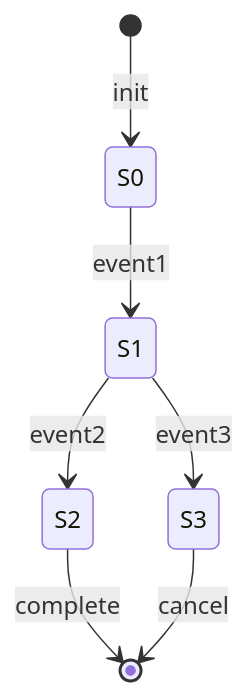
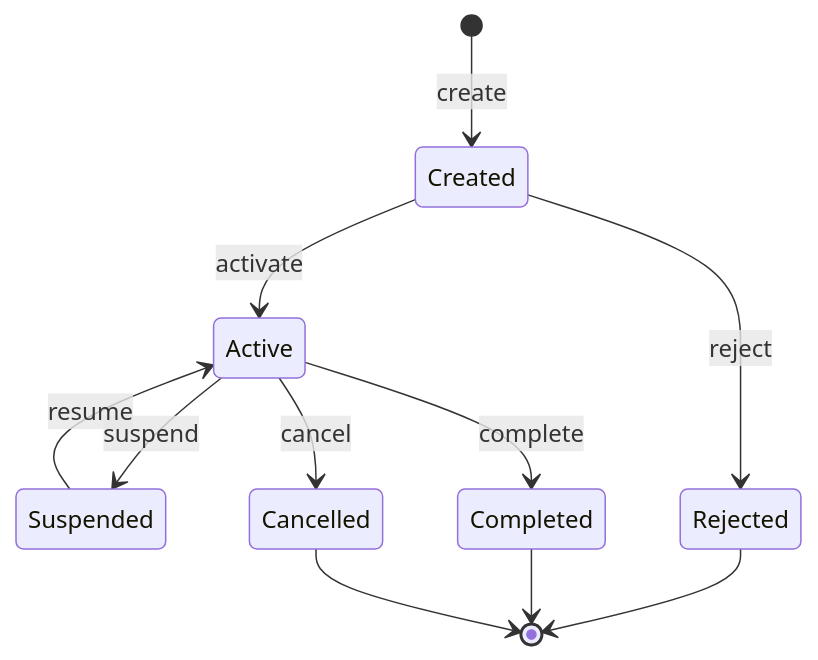
Before and after one commit to wychmod/test-generator: the second of 2 diagrams in testcase-generator/templates/state_diagram_template.md, drawn with Mermaid. The commit also changed other lines of this file and 7 other files, not shown here.

````diff
--- a/testcase-generator/templates/state_diagram_template.md
+++ b/testcase-generator/templates/state_diagram_template.md
@@ -65,9 +229,13 @@
 ```mermaid
 stateDiagram-v2
-  [*] --> S0 : init
-  S0 --> S1 : event1
-  S1 --> S2 : event2
-  S1 --> S3 : event3
-  S2 --> [*] : complete
-  S3 --> [*] : cancel
+    [*] --> Created : create
+    Created --> Active : activate
+    Active --> Suspended : suspend
+    Suspended --> Active : resume
+    Active --> Completed : complete
+    Active --> Cancelled : cancel
+    Created --> Rejected : reject
+    Rejected --> [*]
+    Completed --> [*]
+    Cancelled --> [*]
 ```
````
